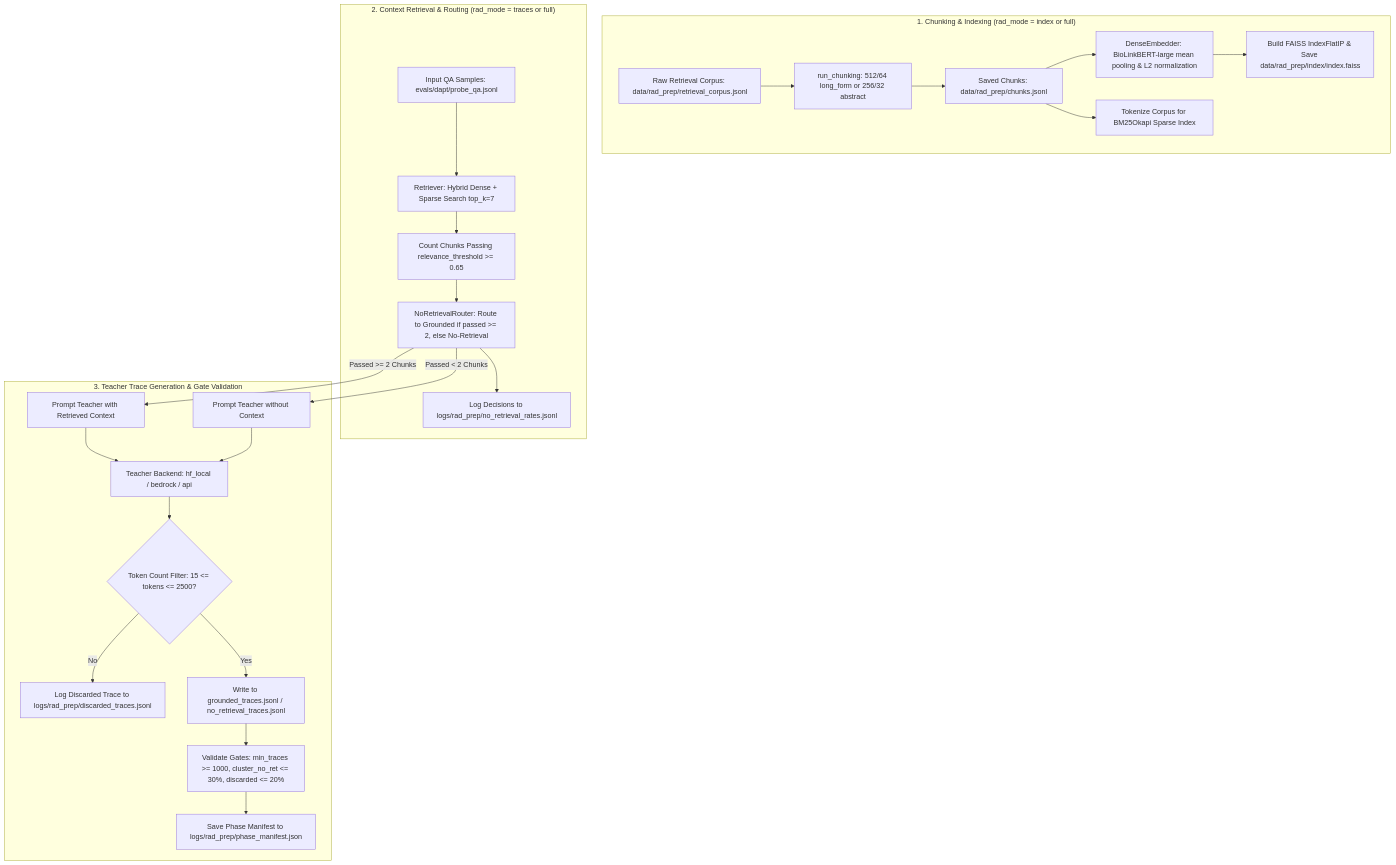
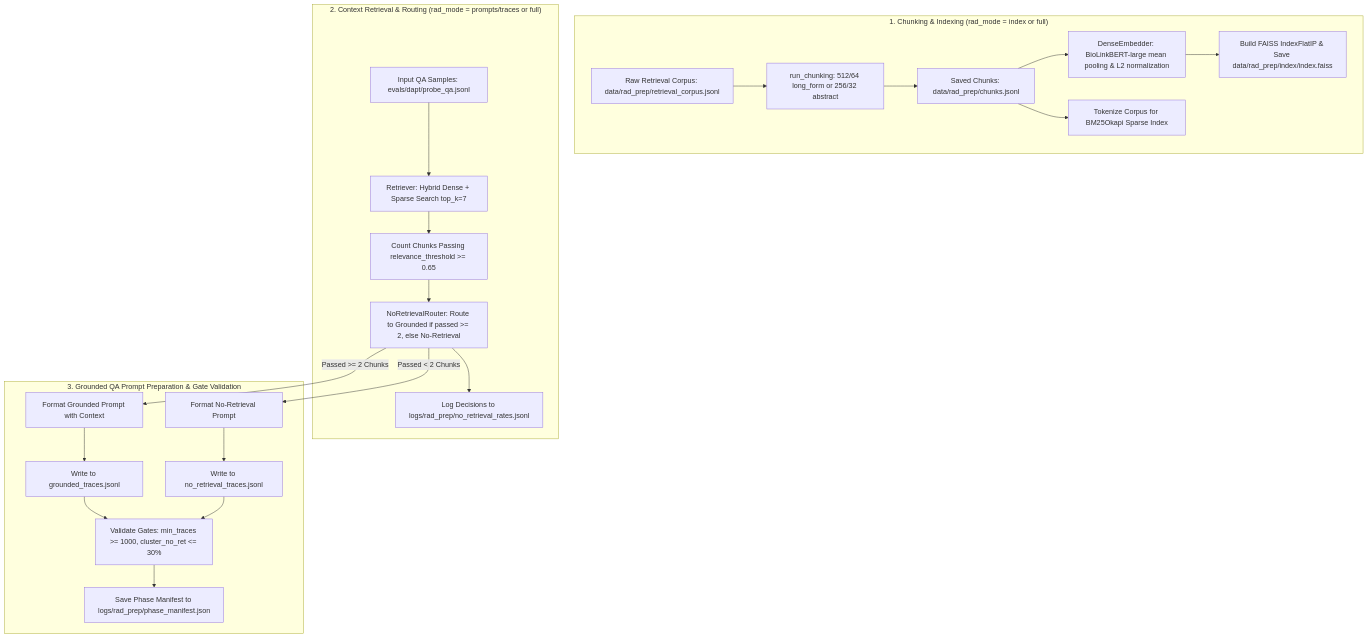
The diagram in docs/S4_RAD_PREP.md (cogitoslabs/Semantics-Layer), drawn with Mermaid before and after one commit. The commit also changed other lines of this file and 6 other files, not shown here.

Commit message:
refactor(rad_prep): completely remove trace token filtering and trace validation gates from s4_rad_prep

````diff
--- a/docs/S4_RAD_PREP.md
+++ b/docs/S4_RAD_PREP.md
@@ -125,28 +95,26 @@
 ```mermaid
 flowchart TD
     subgraph Phase1["1. Chunking & Indexing (rad_mode = index or full)"]
         A[Raw Retrieval Corpus: data/rad_prep/retrieval_corpus.jsonl] --> B[run_chunking: 512/64 long_form or 256/32 abstract]
         B --> C[Saved Chunks: data/rad_prep/chunks.jsonl]
         C --> D[DenseEmbedder: BioLinkBERT-large mean pooling & L2 normalization]
         D --> E[Build FAISS IndexFlatIP & Save data/rad_prep/index/index.faiss]
         C --> F[Tokenize Corpus for BM25Okapi Sparse Index]
     end
 
-    subgraph Phase2["2. Context Retrieval & Routing (rad_mode = traces or full)"]
+    subgraph Phase2["2. Context Retrieval & Routing (rad_mode = prompts/traces or full)"]
         G[Input QA Samples: evals/dapt/probe_qa.jsonl] --> H[Retriever: Hybrid Dense + Sparse Search top_k=7]
         H --> I[Count Chunks Passing relevance_threshold >= 0.65]
         I --> J[NoRetrievalRouter: Route to Grounded if passed >= 2, else No-Retrieval]
         J --> K[Log Decisions to logs/rad_prep/no_retrieval_rates.jsonl]
     end
 
-    subgraph Phase3["3. Teacher Trace Generation & Gate Validation"]
-        J -->|Passed >= 2 Chunks| L[Prompt Teacher with Retrieved Context]
-        J -->|Passed < 2 Chunks| M[Prompt Teacher without Context]
-        L & M --> N[Teacher Backend: hf_local / bedrock / api]
-        N --> O{Token Count Filter: 15 <= tokens <= 2500?}
-        O -->|No| P[Log Discarded Trace to logs/rad_prep/discarded_traces.jsonl]
-        O -->|Yes| Q[Write to grounded_traces.jsonl / no_retrieval_traces.jsonl]
-        Q --> R[Validate Gates: min_traces >= 1000, cluster_no_ret <= 30%, discarded <= 20%]
-        R --> S[Save Phase Manifest to logs/rad_prep/phase_manifest.json]
+    subgraph Phase3["3. Grounded QA Prompt Preparation & Gate Validation"]
+        J -->|Passed >= 2 Chunks| L[Format Grounded Prompt with Context]
+        J -->|Passed < 2 Chunks| M[Format No-Retrieval Prompt]
+        L --> N[Write to grounded_traces.jsonl]
+        M --> O[Write to no_retrieval_traces.jsonl]
+        N & O --> P[Validate Gates: min_traces >= 1000, cluster_no_ret <= 30%]
+        P --> Q[Save Phase Manifest to logs/rad_prep/phase_manifest.json]
     end
 ```
````
